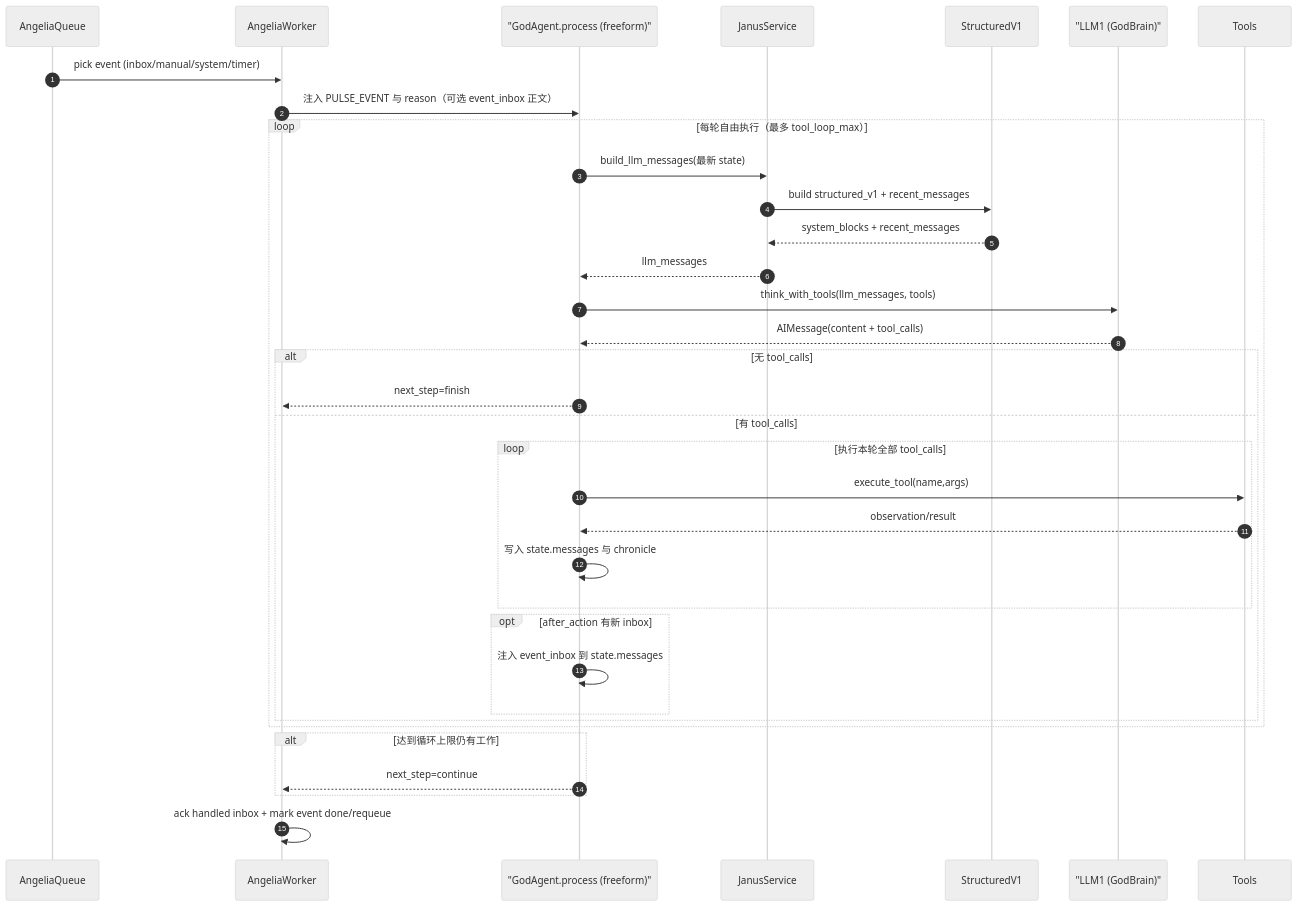
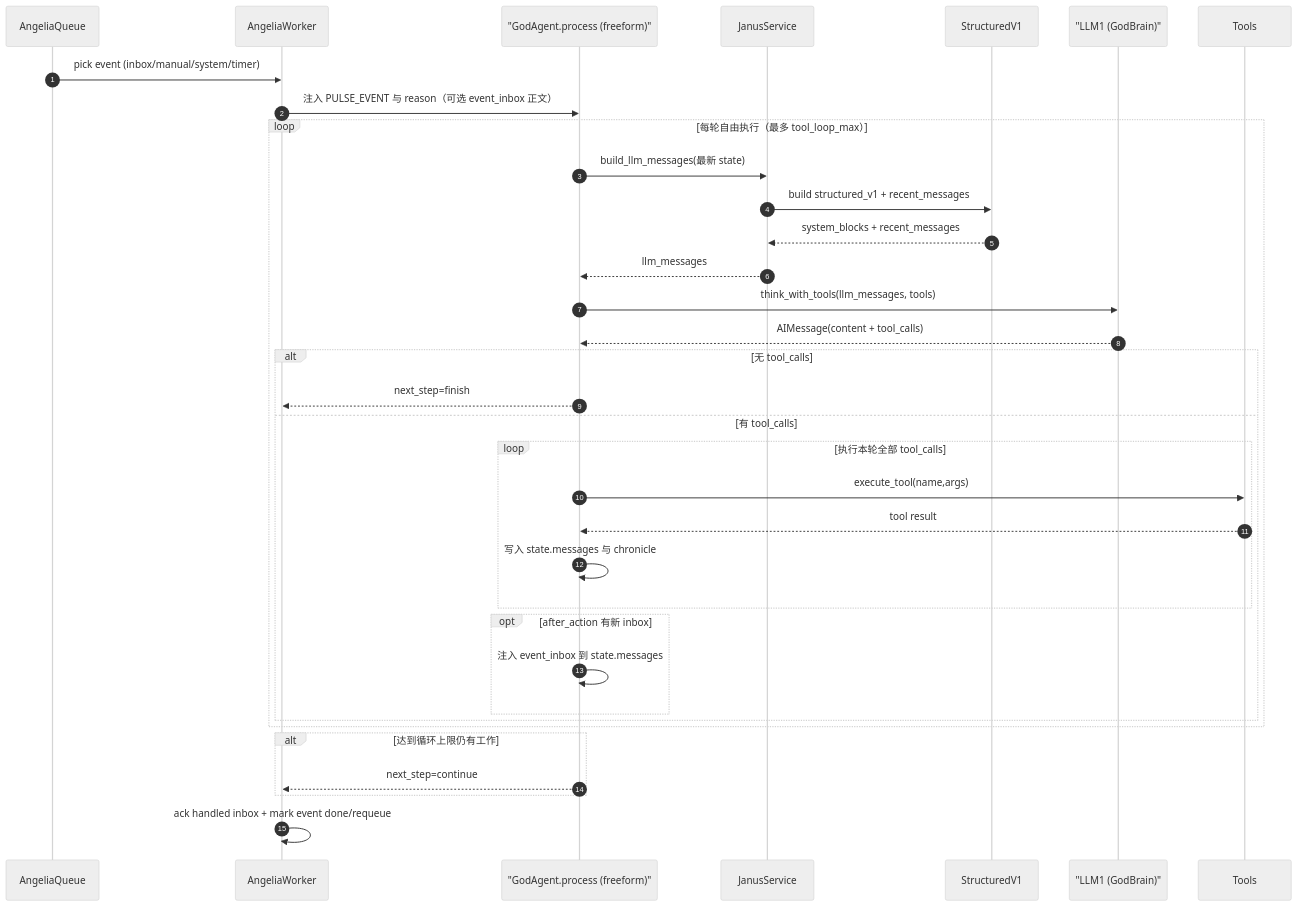
One commit to Lands54/Pantheon changed diagram 28 of 30 in docs/ARCHITECTURE_MERMAID.md. Above: the diagram before and after it, drawn with Mermaid (neutral theme). The commit also changed other lines of this file and 42 other files, not shown here.

Commit message:
test(docs): align architecture docs and add card/chaos/memory regression coverage

````diff
--- a/docs/ARCHITECTURE_MERMAID.md
+++ b/docs/ARCHITECTURE_MERMAID.md
@@ -485,43 +485,43 @@
 ```mermaid
 sequenceDiagram
     autonumber
     participant EQ as AngeliaQueue
     participant W as AngeliaWorker
     participant AG as "GodAgent.process (freeform)"
     participant J as JanusService
     participant S as StructuredV1
     participant B as "LLM1 (GodBrain)"
     participant T as Tools
 
     EQ->>W: pick event (inbox/manual/system/timer)
     W->>AG: 注入 PULSE_EVENT 与 reason（可选 event_inbox 正文）
 
     loop 每轮自由执行（最多 tool_loop_max）
         AG->>J: build_llm_messages(最新 state)
         J->>S: build structured_v1 + recent_messages
         S-->>J: system_blocks + recent_messages
         J-->>AG: llm_messages
         AG->>B: think_with_tools(llm_messages, tools)
         B-->>AG: AIMessage(content + tool_calls)
 
         alt 无 tool_calls
             AG-->>W: next_step=finish
         else 有 tool_calls
             loop 执行本轮全部 tool_calls
                 AG->>T: execute_tool(name,args)
-                T-->>AG: observation/result
+                T-->>AG: tool result
                 AG->>AG: 写入 state.messages 与 chronicle
             end
             opt after_action 有新 inbox
                 AG->>AG: 注入 event_inbox 到 state.messages
             end
         end
     end
 
     alt 达到循环上限仍有工作
         AG-->>W: next_step=continue
     end
 
     W->>W: ack handled inbox + mark event done/requeue
 
 ```
````
